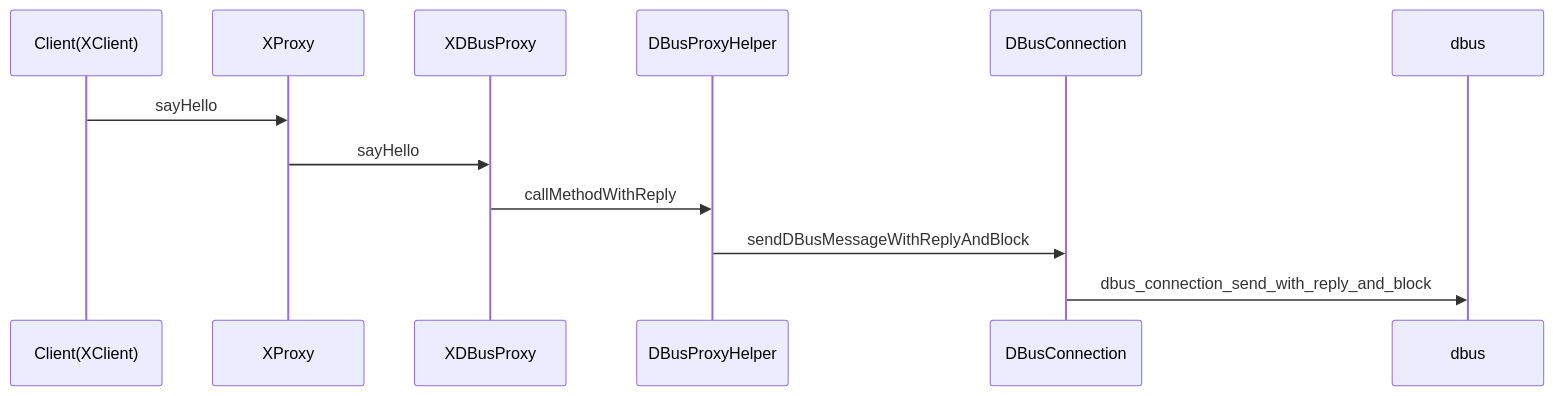
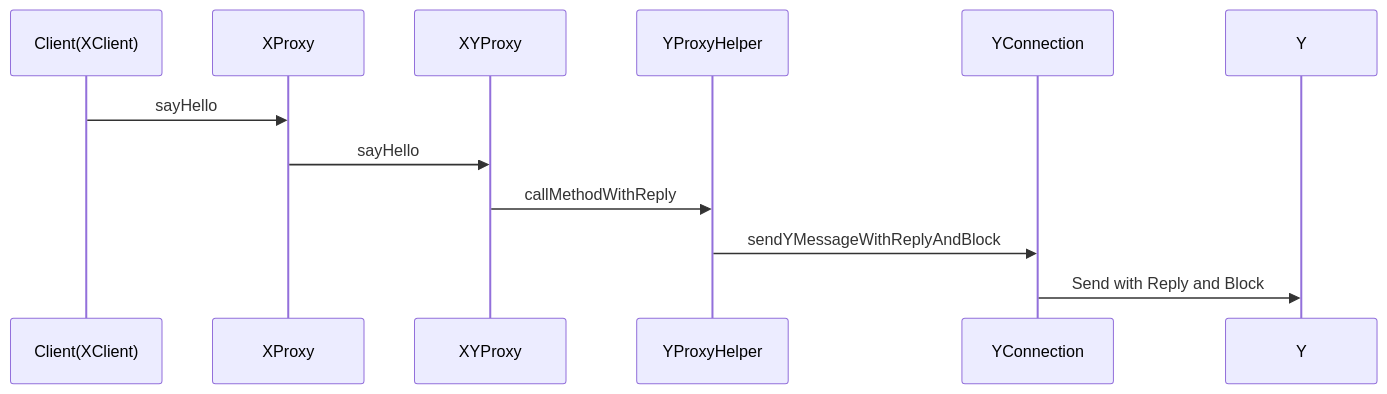
One commit to zeerd/zeerd.github.io changed the sixth of 14 diagrams in _posts/2018-10-23-capicxx-example-helloworld.md. Above: the diagram before and after it, drawn with Mermaid. The commit also changed other lines of this file and 1 other file, not shown here.

````diff
--- a/_posts/2018-10-23-capicxx-example-helloworld.md
+++ b/_posts/2018-10-23-capicxx-example-helloworld.md
@@ -85,8 +129,8 @@
 ```mermaid
 sequenceDiagram
 Client(XClient) ->> XProxy : sayHello
-XProxy ->> XDBusProxy : sayHello
-XDBusProxy ->> DBusProxyHelper : callMethodWithReply
-DBusProxyHelper ->> DBusConnection : sendDBusMessageWithReplyAndBlock
-DBusConnection ->> dbus : dbus_connection_send_with_reply_and_block
+XProxy ->> XYProxy : sayHello
+XYProxy ->> YProxyHelper : callMethodWithReply
+YProxyHelper ->> YConnection : sendYMessageWithReplyAndBlock
+YConnection ->> Y : Send with Reply and Block
 ```
````
